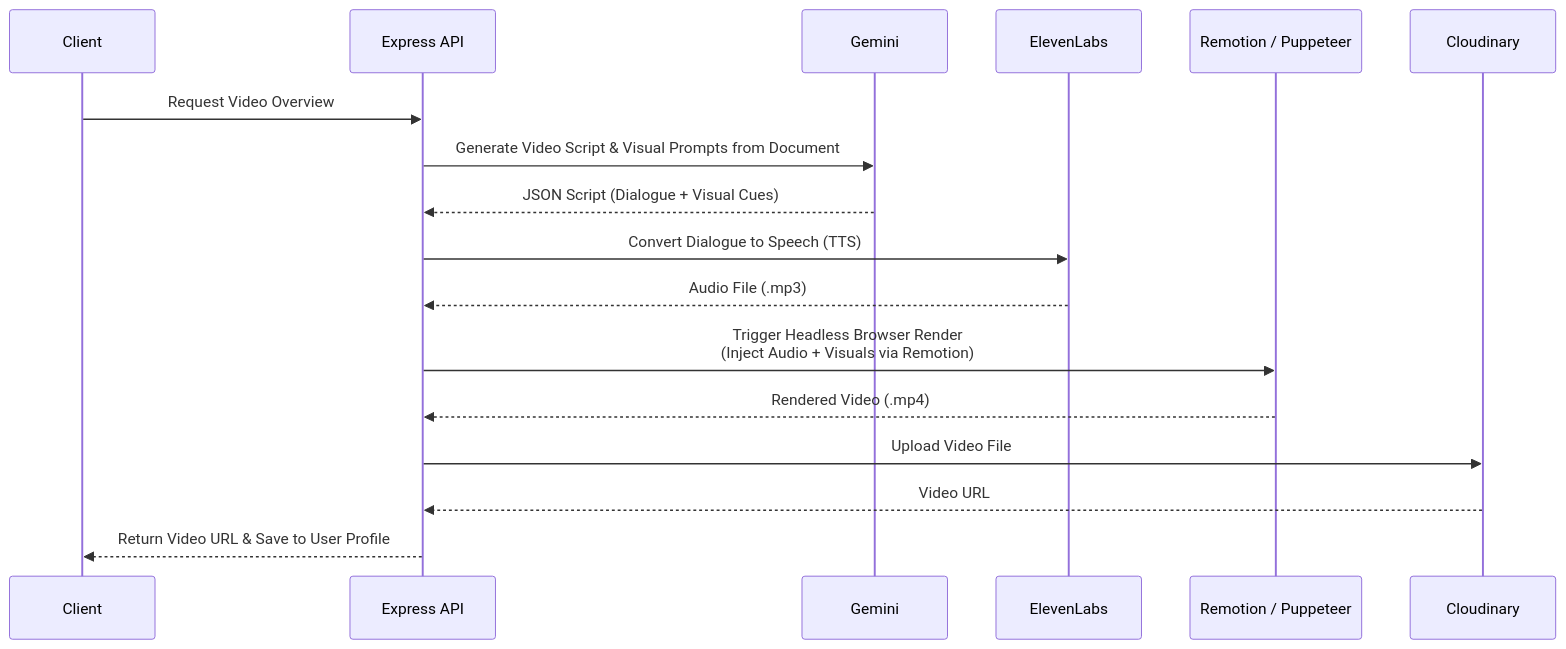
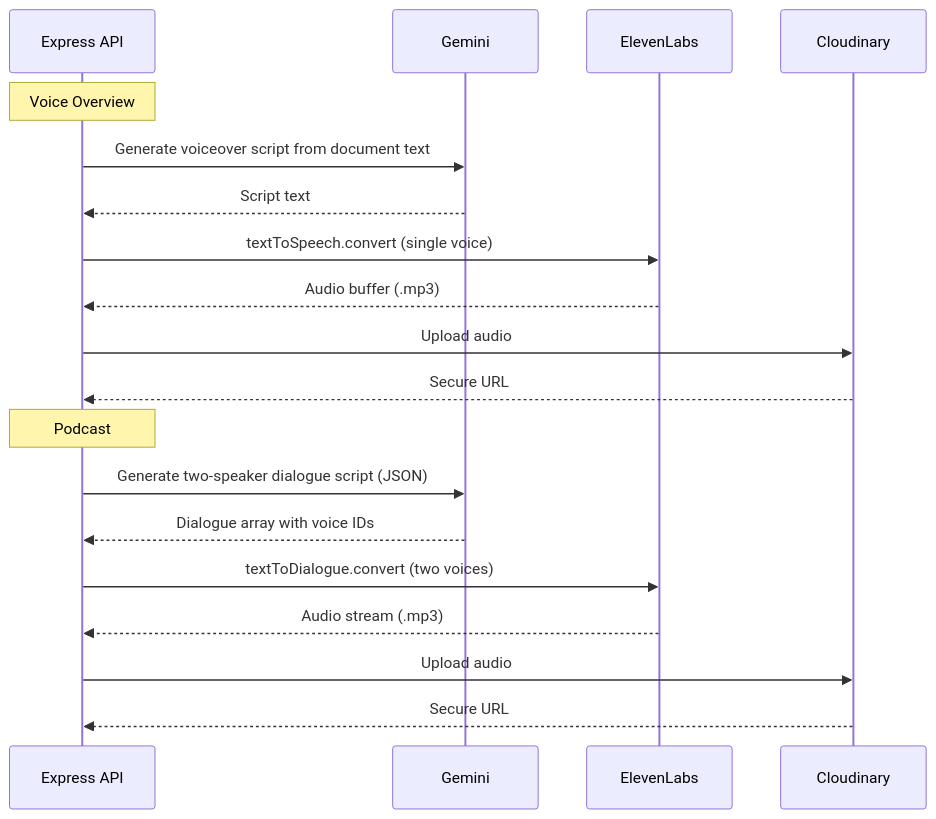
The fifth of 7 diagrams in README.md (m-rayan-hassan/CognivioAI), drawn with Mermaid before and after one commit. The commit also changed other lines of this file, not shown here.

````diff
--- a/README.md
+++ b/README.md
@@ -133,20 +239,23 @@
 ```mermaid
 sequenceDiagram
-    participant C as Client
     participant A as Express API
     participant G as Gemini
     participant E as ElevenLabs
-    participant R as Remotion / Puppeteer
     participant CDN as Cloudinary
 
-    C->>A: Request Video Overview
-    A->>G: Generate Video Script & Visual Prompts from Document
-    G-->>A: JSON Script (Dialogue + Visual Cues)
-    A->>E: Convert Dialogue to Speech (TTS)
-    E-->>A: Audio File (.mp3)
-    A->>R: Trigger Headless Browser Render<br>(Inject Audio + Visuals via Remotion)
-    R-->>A: Rendered Video (.mp4)
-    A->>CDN: Upload Video File
-    CDN-->>A: Video URL
-    A-->>C: Return Video URL & Save to User Profile
+    Note over A: Voice Overview
+    A->>G: Generate voiceover script from document text
+    G-->>A: Script text
+    A->>E: textToSpeech.convert (single voice)
+    E-->>A: Audio buffer (.mp3)
+    A->>CDN: Upload audio
+    CDN-->>A: Secure URL
+    
+    Note over A: Podcast
+    A->>G: Generate two-speaker dialogue script (JSON)
+    G-->>A: Dialogue array with voice IDs
+    A->>E: textToDialogue.convert (two voices)
+    E-->>A: Audio stream (.mp3)
+    A->>CDN: Upload audio
+    CDN-->>A: Secure URL
 ```
````
